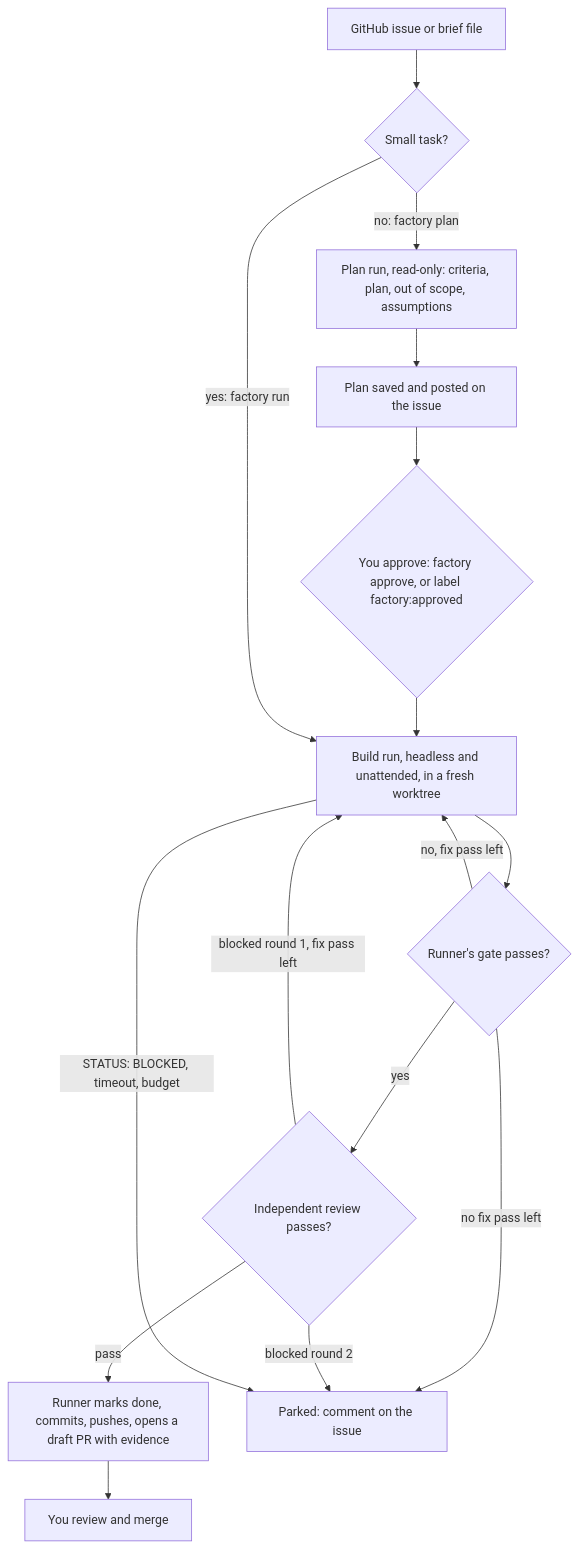
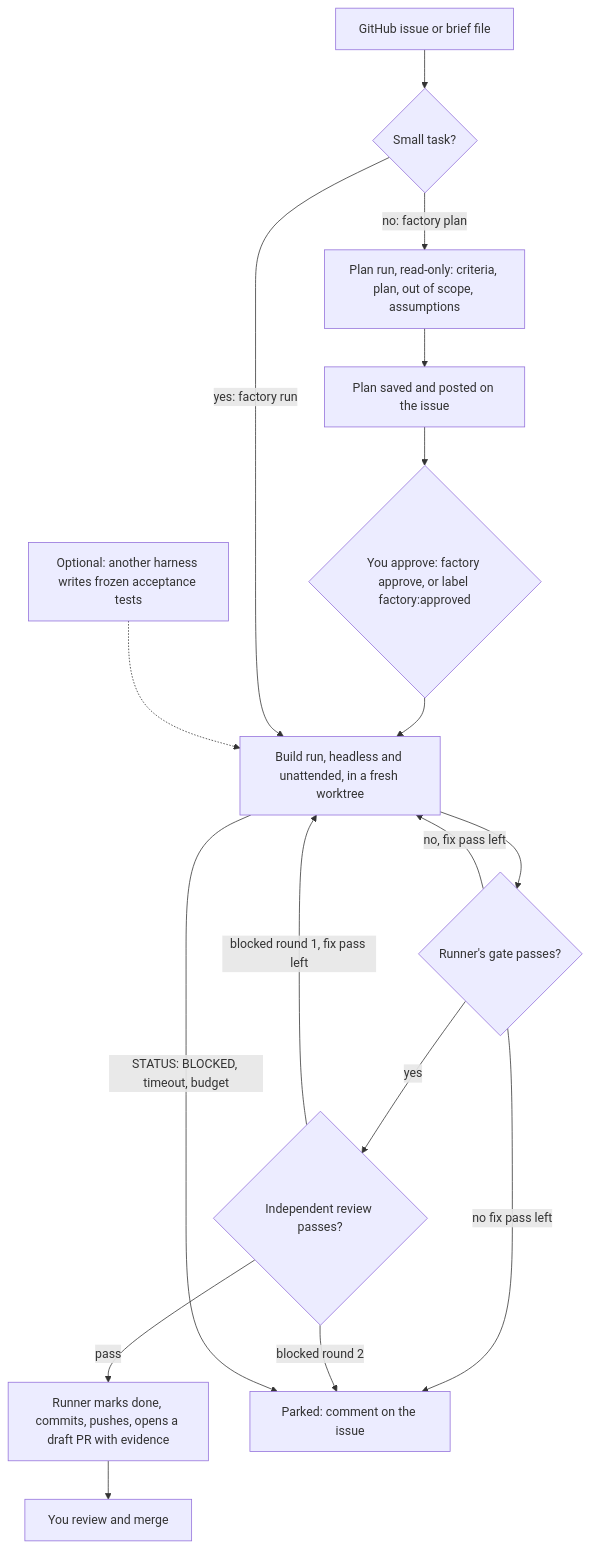
Before and after one commit to ghulando/halvard: the diagram in docs/factory.md, drawn with Mermaid. The commit also changed other lines of this file and 12 other files, not shown here.

````diff
--- a/docs/factory.md
+++ b/docs/factory.md
@@ -9,18 +9,19 @@
 ```mermaid
 flowchart TD
     src["GitHub issue or brief file"] --> small{"Small task?"}
     small -- "no: factory plan" --> plan["Plan run, read-only: criteria, plan, out of scope, assumptions"]
     plan --> post["Plan saved and posted on the issue"]
     post --> ok{"You approve: factory approve, or label factory:approved"}
     ok --> build
     small -- "yes: factory run" --> build["Build run, headless and unattended, in a fresh worktree"]
     build --> gate{"Runner's gate passes?"}
+    approved["Optional: another harness writes frozen acceptance tests"] -.-> build
     gate -- "no, fix pass left" --> build
     gate -- yes --> review{"Independent review passes?"}
     review -- "blocked round 1, fix pass left" --> build
     review -- pass --> ship["Runner marks done, commits, pushes, opens a draft PR with evidence"]
     ship --> merge["You review and merge"]
     gate -- "no fix pass left" --> park["Parked: comment on the issue"]
     review -- "blocked round 2" --> park
     build -- "STATUS: BLOCKED, timeout, budget" --> park
 ```
````
